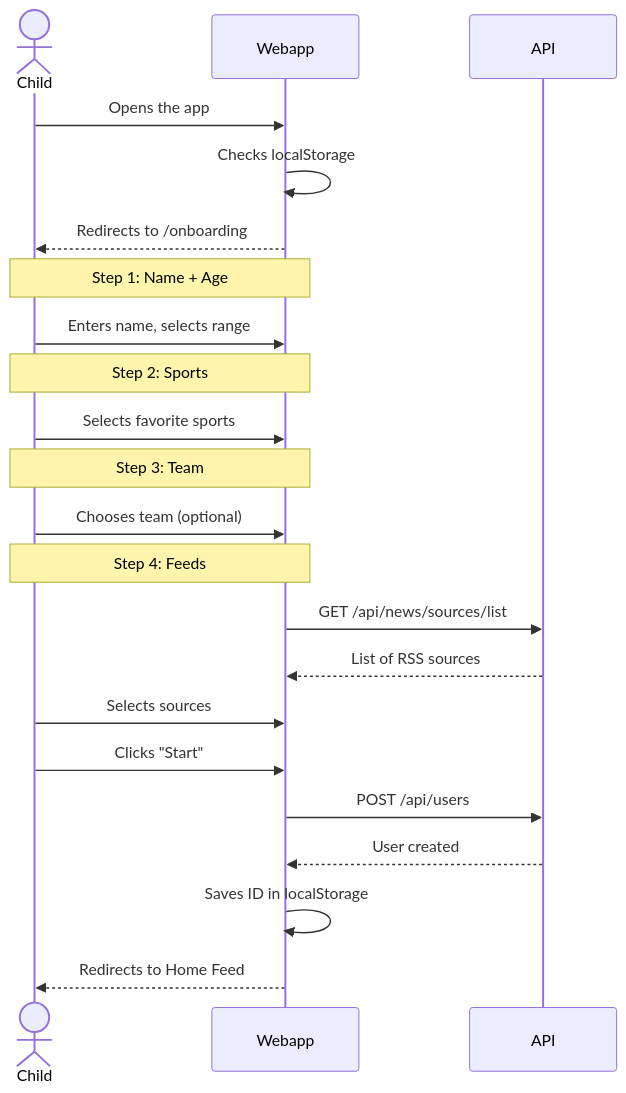
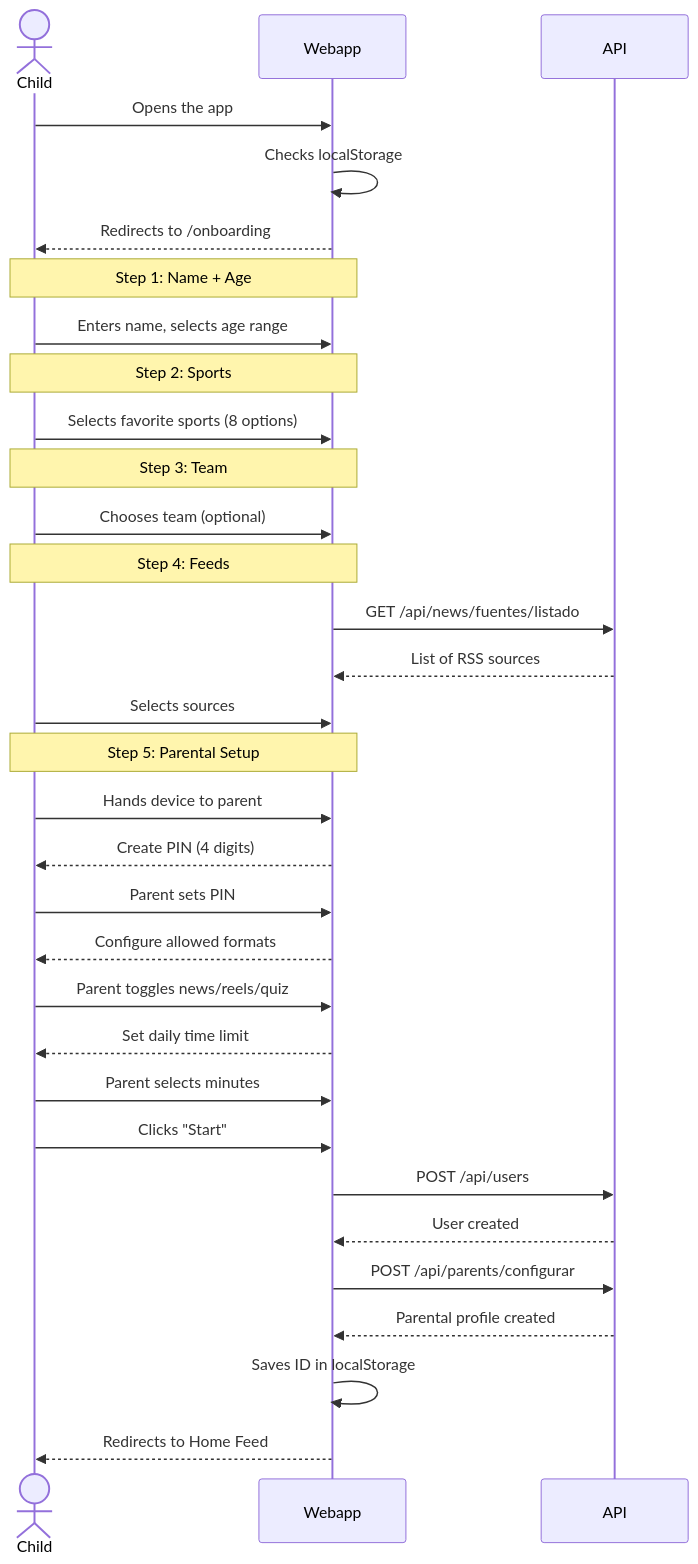
One commit to durdy48/SportyKids changed the second of 5 diagrams in docs/en/05-user-flows.md. Above: the diagram before and after it, drawn with Mermaid. The commit also changed other lines of this file and 22 other files, not shown here.

````diff
--- a/docs/en/05-user-flows.md
+++ b/docs/en/05-user-flows.md
@@ -33,30 +37,41 @@
 ```mermaid
 sequenceDiagram
     actor Child as Child
     participant App as Webapp
     participant API as API
 
     Child->>App: Opens the app
     App->>App: Checks localStorage
     App-->>Child: Redirects to /onboarding
 
     Note over Child,App: Step 1: Name + Age
-    Child->>App: Enters name, selects range
+    Child->>App: Enters name, selects age range
 
     Note over Child,App: Step 2: Sports
-    Child->>App: Selects favorite sports
+    Child->>App: Selects favorite sports (8 options)
 
     Note over Child,App: Step 3: Team
     Child->>App: Chooses team (optional)
 
     Note over Child,App: Step 4: Feeds
-    App->>API: GET /api/news/sources/list
+    App->>API: GET /api/news/fuentes/listado
     API-->>App: List of RSS sources
     Child->>App: Selects sources
+
+    Note over Child,App: Step 5: Parental Setup
+    Child->>App: Hands device to parent
+    App-->>Child: Create PIN (4 digits)
+    Child->>App: Parent sets PIN
+    App-->>Child: Configure allowed formats
+    Child->>App: Parent toggles news/reels/quiz
+    App-->>Child: Set daily time limit
+    Child->>App: Parent selects minutes
 
     Child->>App: Clicks "Start"
     App->>API: POST /api/users
     API-->>App: User created
+    App->>API: POST /api/parents/configurar
+    API-->>App: Parental profile created
     App->>App: Saves ID in localStorage
     App-->>Child: Redirects to Home Feed
 ```
````
